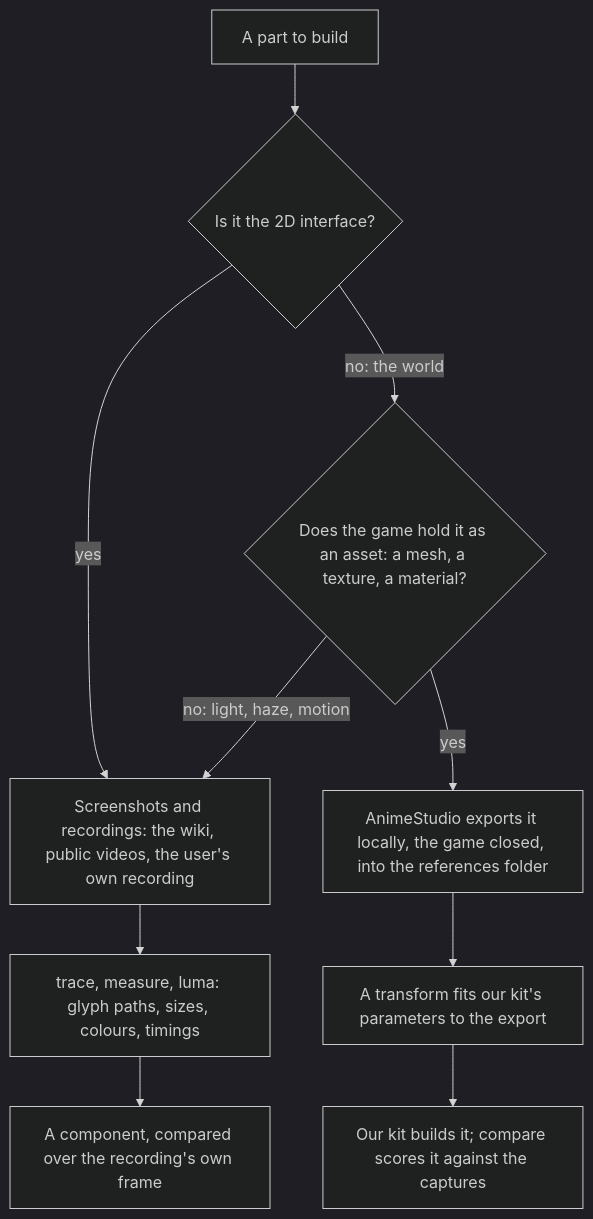
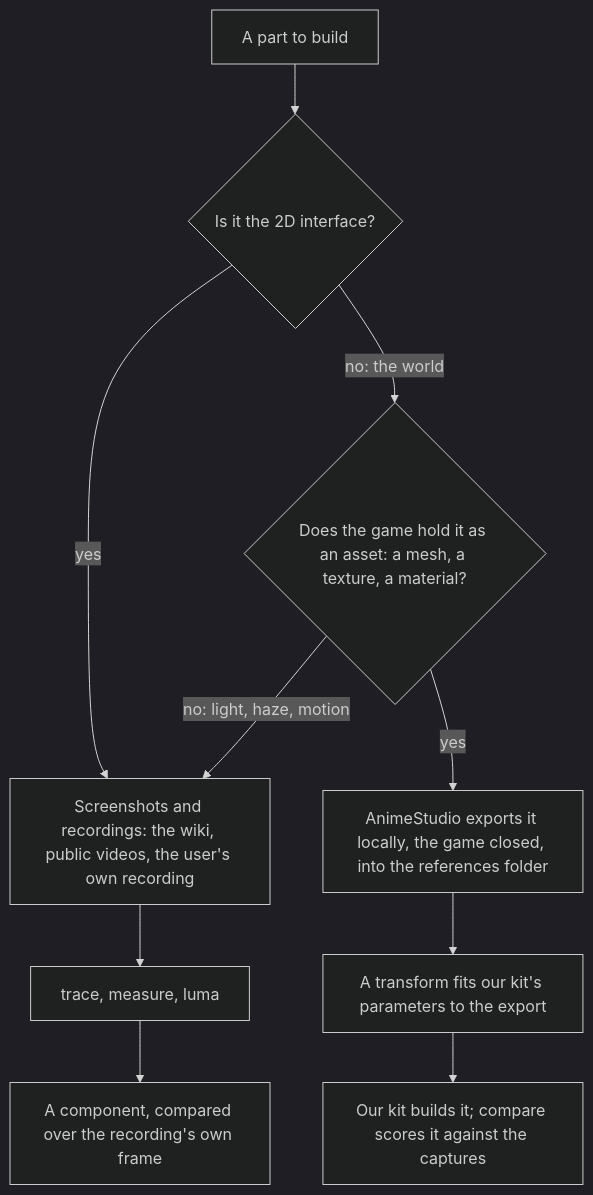
Before and after one commit to Esposter/Esposter: the first of 2 diagrams in openspec/specs/genshin/derived-assets/design.md, drawn with Mermaid (dark theme). The commit also changed other lines of this file and 13 other files, not shown here.

````diff
--- a/openspec/specs/genshin/derived-assets/design.md
+++ b/openspec/specs/genshin/derived-assets/design.md
@@ -7,12 +7,12 @@
 ```mermaid
 flowchart TD
   P[A part to build] --> I{Is it the 2D interface?}
   I -->|yes| S[Screenshots and recordings: the wiki, public videos, the user's own recording]
-  S --> T[trace, measure, luma: glyph paths, sizes, colours, timings]
+  S --> T[trace, measure, luma]
   T --> C1[A component, compared over the recording's own frame]
   I -->|"no: the world"| G{Does the game hold it as an asset: a mesh, a texture, a material?}
   G -->|yes| X[AnimeStudio exports it locally, the game closed, into the references folder]
   X --> F[A transform fits our kit's parameters to the export]
   F --> C2[Our kit builds it; compare scores it against the captures]
   G -->|"no: light, haze, motion"| S
 ```
````
